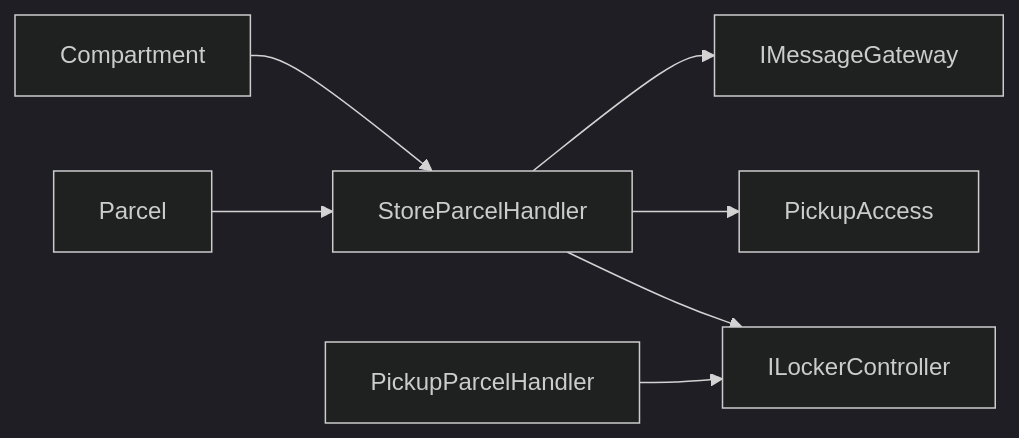
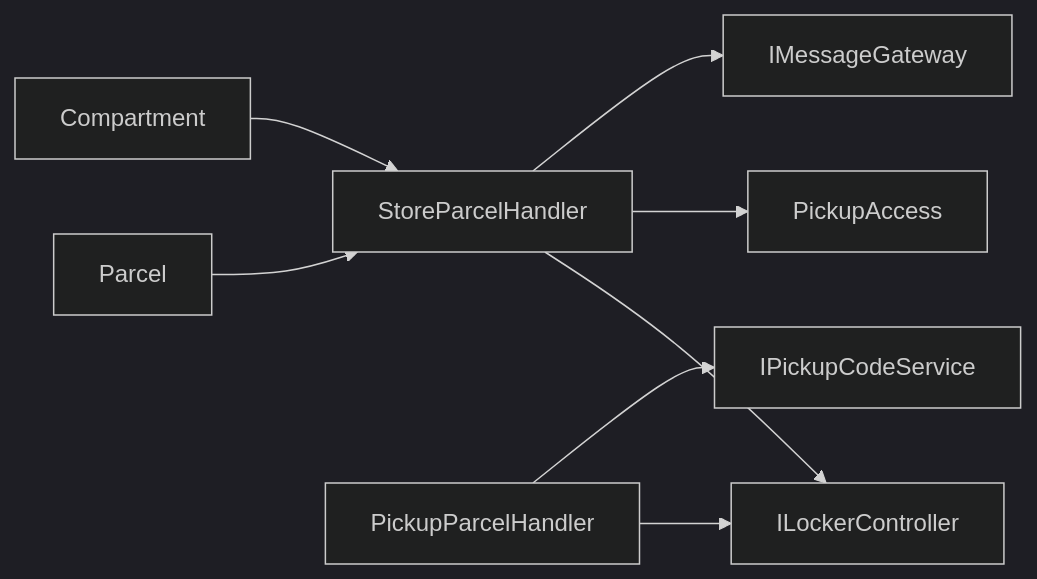
Before and after one commit to owlCoder/reference-parcelbox: the diagram in docs/architecture.md, drawn with Mermaid (dark theme). The commit also changed other lines of this file, not shown here.

Commit message:
docs: document final port and security boundaries

````diff
--- a/docs/architecture.md
+++ b/docs/architecture.md
@@ -140,9 +148,10 @@
 ```mermaid
 flowchart LR
     Parcel[Parcel] --> Store[StoreParcelHandler]
     Compartment[Compartment] --> Store
     Store --> LockerPort[ILockerController]
     Store --> PickupAccess[PickupAccess]
     Store --> MessagePort[IMessageGateway]
     Pickup[PickupParcelHandler] --> LockerPort
+    Pickup --> SecurityPort[IPickupCodeService]
 ```
````
